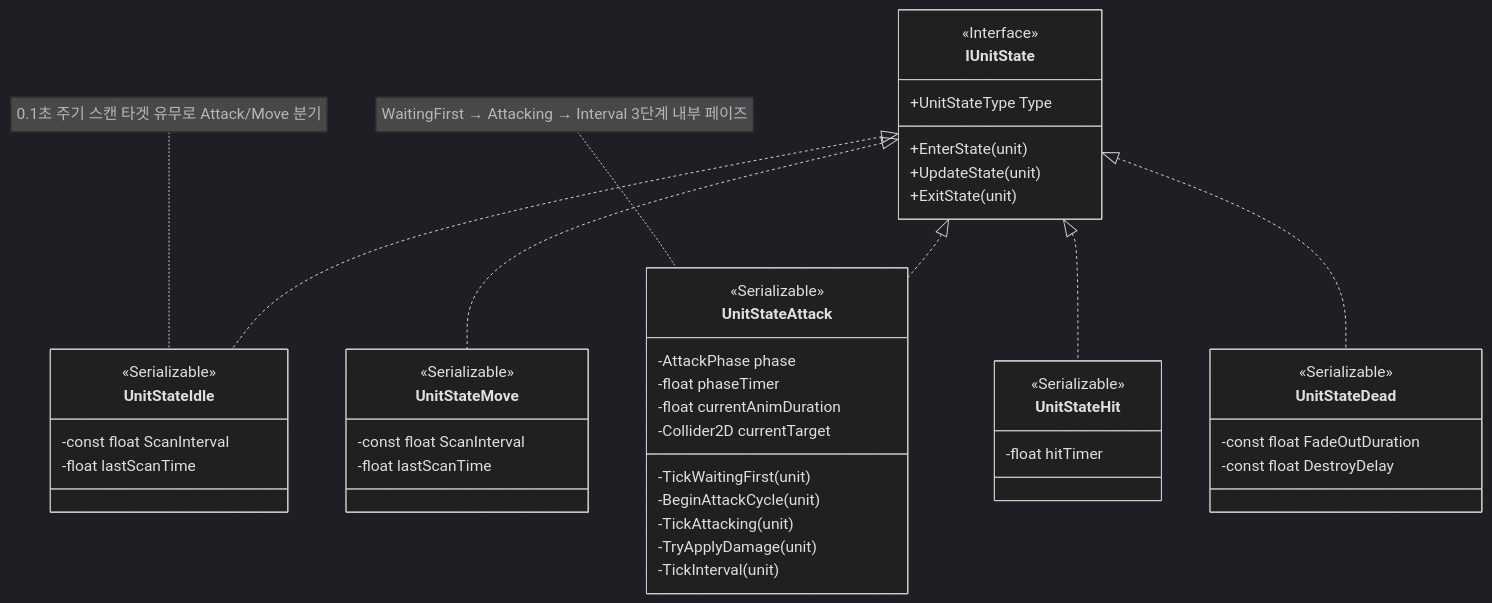
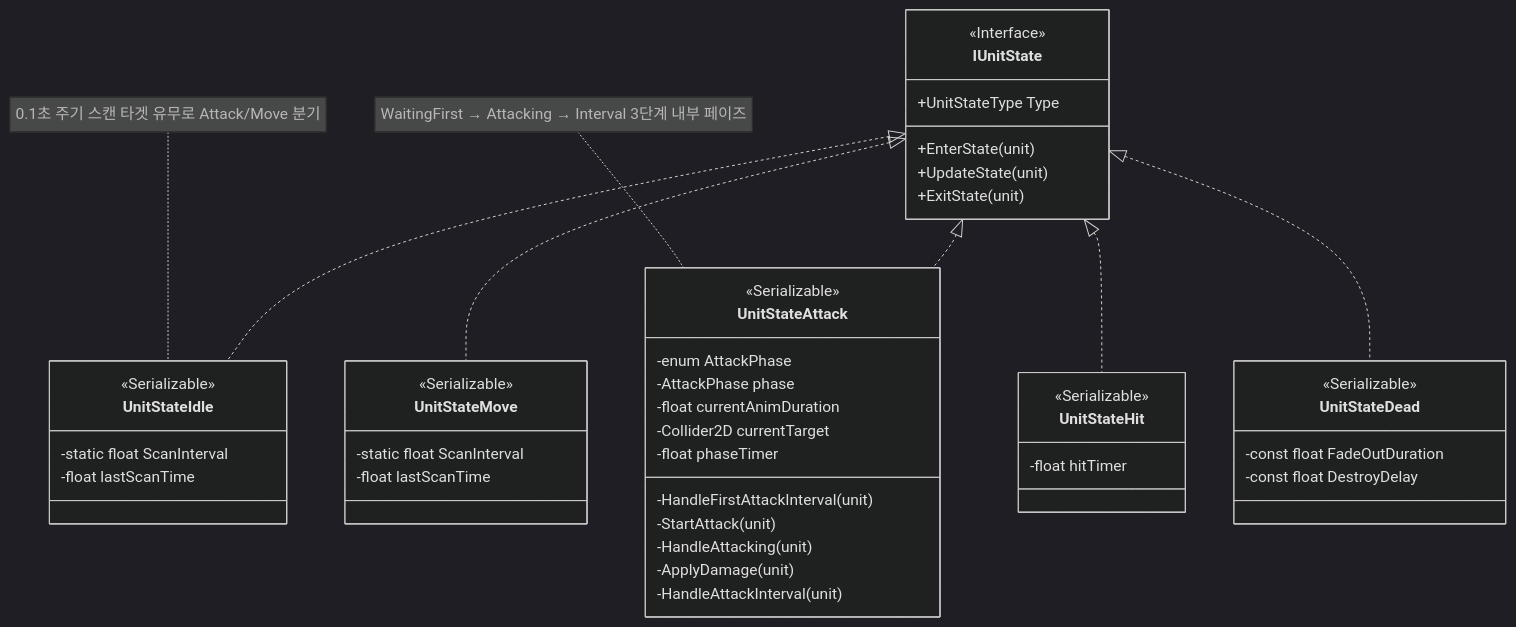
Before and after one commit to dbwoaud/ElementalWar_portfolio: the fifth of 15 diagrams in Docs/ClassDiagram.md, drawn with Mermaid (dark theme). The commit also changed other lines of this file, not shown here.

````diff
--- a/Docs/ClassDiagram.md
+++ b/Docs/ClassDiagram.md
@@ -438,54 +478,55 @@
 ```mermaid
 classDiagram
     class IUnitState {
         <<Interface>>
         +UnitStateType Type
         +EnterState(unit)
         +UpdateState(unit)
         +ExitState(unit)
     }
 
     class UnitStateIdle {
         <<Serializable>>
-        -const float ScanInterval
+        -static float ScanInterval
         -float lastScanTime
     }
     note for UnitStateIdle "0.1초 주기 스캔 타겟 유무로 Attack/Move 분기"
 
     class UnitStateMove {
         <<Serializable>>
-        -const float ScanInterval
+        -static float ScanInterval
         -float lastScanTime
     }
 
     class UnitStateAttack {
         <<Serializable>>
+        -enum AttackPhase
         -AttackPhase phase
-        -float phaseTimer
         -float currentAnimDuration
         -Collider2D currentTarget
-        -TickWaitingFirst(unit)
-        -BeginAttackCycle(unit)
-        -TickAttacking(unit)
-        -TryApplyDamage(unit)
-        -TickInterval(unit)
+        -float phaseTimer
+        -HandleFirstAttackInterval(unit)
+        -StartAttack(unit)
+        -HandleAttacking(unit)
+        -ApplyDamage(unit)
+        -HandleAttackInterval(unit)
     }
     note for UnitStateAttack "WaitingFirst → Attacking → Interval 3단계 내부 페이즈"
 
     class UnitStateHit {
         <<Serializable>>
         -float hitTimer
     }
 
     class UnitStateDead {
         <<Serializable>>
         -const float FadeOutDuration
         -const float DestroyDelay
     }
 
     IUnitState <|.. UnitStateIdle
     IUnitState <|.. UnitStateMove
     IUnitState <|.. UnitStateAttack
     IUnitState <|.. UnitStateHit
     IUnitState <|.. UnitStateDead
 ```
````
